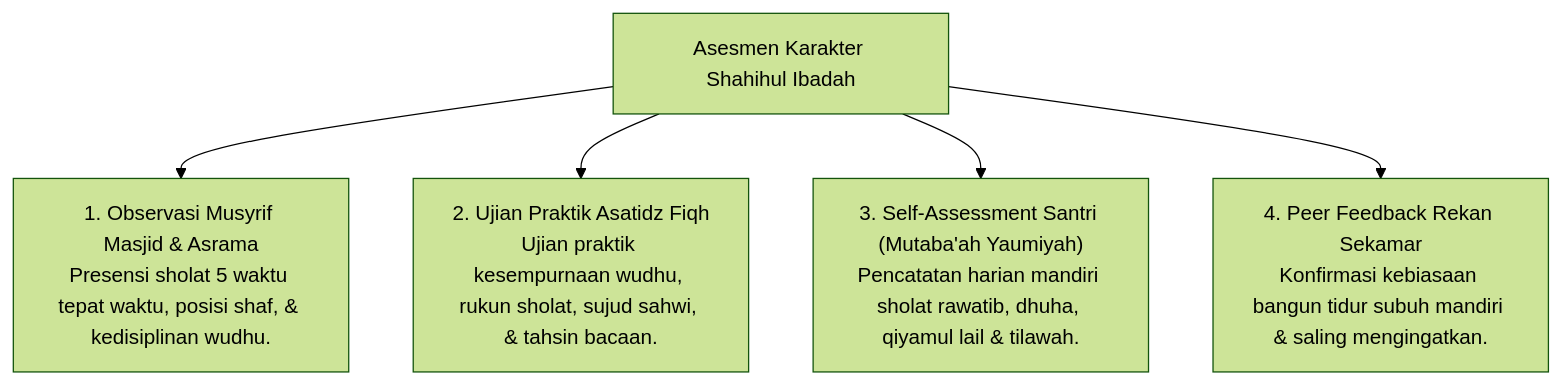
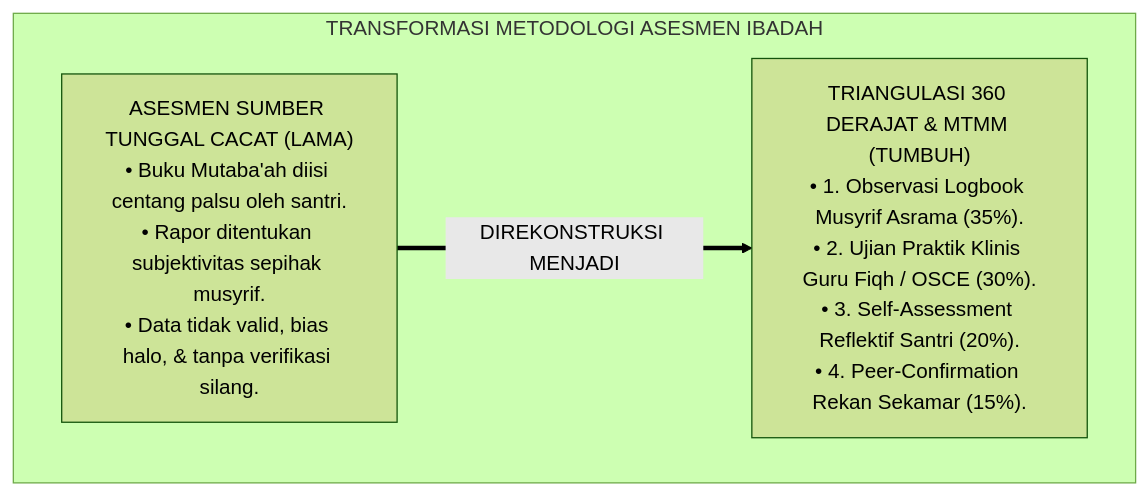
The first of 7 diagrams in 03 Capacity Framework/05 Shahihul Ibadah/P3-05-09-Pemetaan-Asesmen-dan-Triangulasi.md (wandiapriliyandi/tumbuh), drawn with Mermaid (forest theme) before and after one commit. The commit also changed other lines of this file and 15 other files, not shown here.

Commit message:
docs(domain-05): complete comprehensive research monographs for 05 Shahihul Ibadah (14 sub-modules + master doc + README)

````diff
--- a/03 Capacity Framework/05 Shahihul Ibadah/P3-05-09-Pemetaan-Asesmen-dan-Triangulasi.md
+++ b/03 Capacity Framework/05 Shahihul Ibadah/P3-05-09-Pemetaan-Asesmen-dan-Triangulasi.md
@@ -10,9 +54,10 @@
 ```mermaid
-graph TD
-    Ibadah_Assess["Asesmen Karakter Shahihul Ibadah"]
-    
-    Ibadah_Assess --> A1["1. Observasi Musyrif Masjid & Asrama<br/>Presensi sholat 5 waktu tepat waktu, posisi shaf, & kedisiplinan wudhu."]
-    Ibadah_Assess --> A2["2. Ujian Praktik Asatidz Fiqh<br/>Ujian praktik kesempurnaan wudhu, rukun sholat, sujud sahwi, & tahsin bacaan."]
-    Ibadah_Assess --> A3["3. Self-Assessment Santri (Mutaba'ah Yaumiyah)<br/>Pencatatan harian mandiri sholat rawatib, dhuha, qiyamul lail & tilawah."]
-    Ibadah_Assess --> A4["4. Peer Feedback Rekan Sekamar<br/>Konfirmasi kebiasaan bangun tidur subuh mandiri & saling mengingatkan."]
+flowchart TD
+    subgraph TransformasiMetodologiAsesmen["TRANSFORMASI METODOLOGI ASESMEN IBADAH"]
+        AsesmenTunggal["ASESMEN SUMBER TUNGGAL CACAT (LAMA)<br/>• Buku Mutaba'ah diisi centang palsu oleh santri.<br/>• Rapor ditentukan subjektivitas sepihak musyrif.<br/>• Data tidak valid, bias halo, & tanpa verifikasi silang."]
+        
+        Triangulasi360["TRIANGULASI 360 DERAJAT & MTMM (TUMBUH)<br/>• 1. Observasi Logbook Musyrif Asrama (35%).<br/>• 2. Ujian Praktik Klinis Guru Fiqh / OSCE (30%).<br/>• 3. Self-Assessment Reflektif Santri (20%).<br/>• 4. Peer-Confirmation Rekan Sekamar (15%)."]
+        
+        AsesmenTunggal ==>|DIREKONSTRUKSI MENJADI| Triangulasi360
+    end
 ```
````
